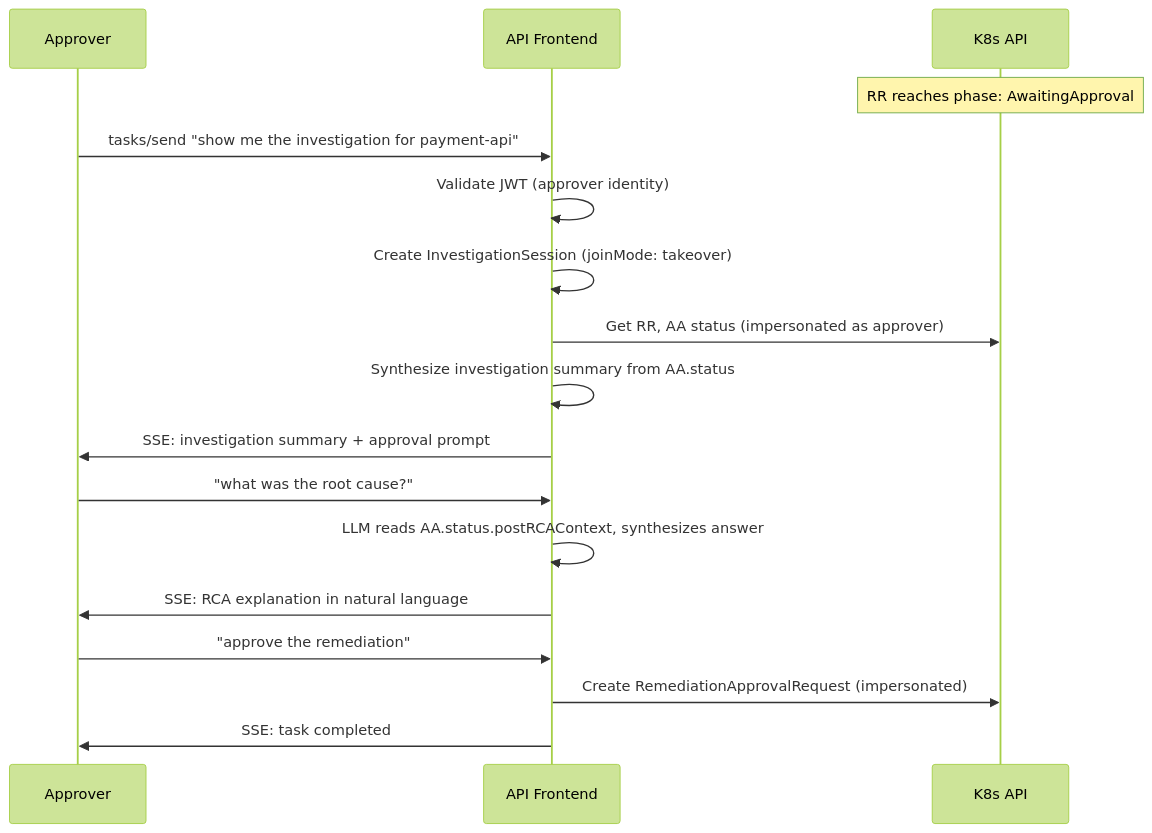
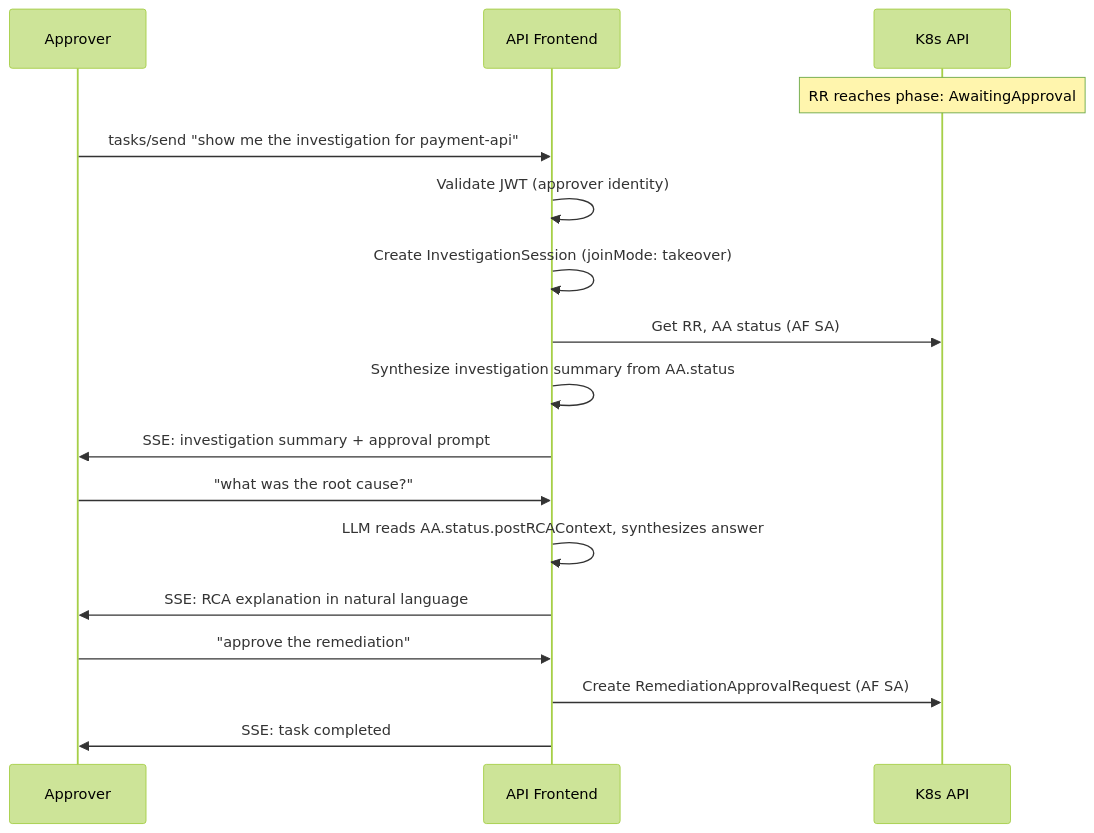
The fifth of 7 diagrams in docs/services/apifrontend/design/ARCHITECTURE.md (jordigilh/kubernaut), drawn with Mermaid (forest theme) before and after one commit. The commit also changed other lines of this file and 9 other files, not shown here.

````diff
--- a/docs/services/apifrontend/design/ARCHITECTURE.md
+++ b/docs/services/apifrontend/design/ARCHITECTURE.md
@@ -384,20 +384,20 @@
 ```mermaid
 sequenceDiagram
     participant Approver
     participant AF as API Frontend
     participant K8s as K8s API
 
     Note over K8s: RR reaches phase: AwaitingApproval
     Approver->>AF: tasks/send "show me the investigation for payment-api"
     AF->>AF: Validate JWT (approver identity)
     AF->>AF: Create InvestigationSession (joinMode: takeover)
-    AF->>K8s: Get RR, AA status (impersonated as approver)
+    AF->>K8s: Get RR, AA status (AF SA)
     AF->>AF: Synthesize investigation summary from AA.status
     AF->>Approver: SSE: investigation summary + approval prompt
     Approver->>AF: "what was the root cause?"
     AF->>AF: LLM reads AA.status.postRCAContext, synthesizes answer
     AF->>Approver: SSE: RCA explanation in natural language
     Approver->>AF: "approve the remediation"
-    AF->>K8s: Create RemediationApprovalRequest (impersonated)
+    AF->>K8s: Create RemediationApprovalRequest (AF SA)
     AF->>Approver: SSE: task completed
 ```
````
